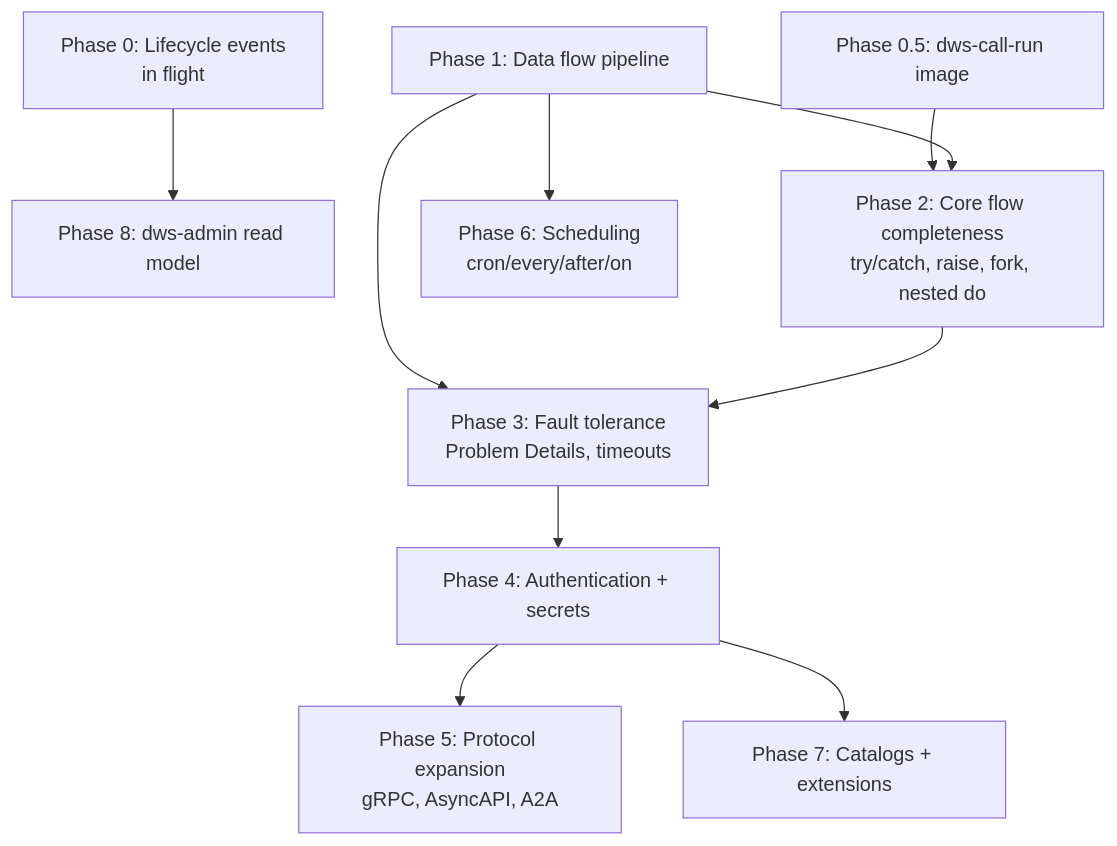
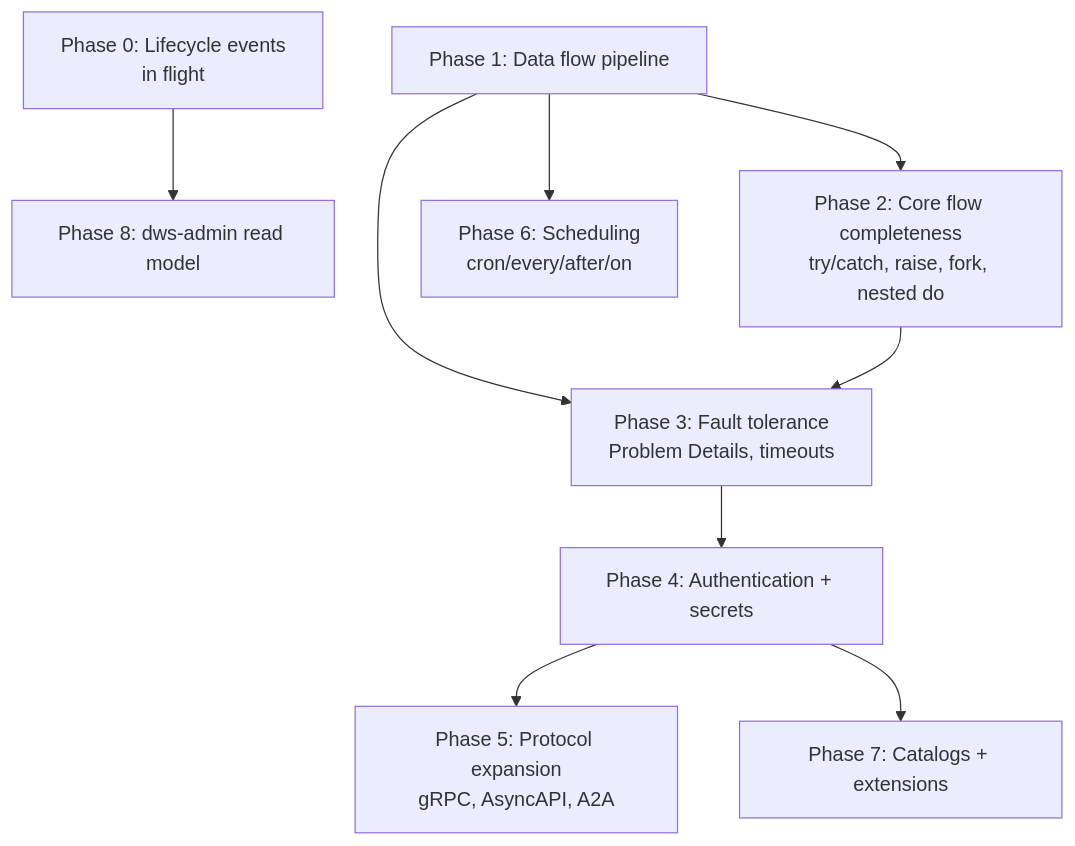
One commit to tonylibs/dapr-workflow-spec changed the diagram in openwiki/architecture/roadmap.md. Above: the diagram before and after it, drawn with Mermaid. The commit also changed other lines of this file and 3 other files, not shown here.

````diff
--- a/openwiki/architecture/roadmap.md
+++ b/openwiki/architecture/roadmap.md
@@ -54,12 +54,11 @@
 ```mermaid
 flowchart TD
   P0[Phase 0: Lifecycle events<br/>in flight] --> P8[Phase 8: dws-admin read model]
-  P0dot5[Phase 0.5: dws-call-run image] --> P2
   P1[Phase 1: Data flow pipeline] --> P2[Phase 2: Core flow completeness<br/>try/catch, raise, fork, nested do]
   P1 --> P3[Phase 3: Fault tolerance<br/>Problem Details, timeouts]
   P2 --> P3
   P3 --> P4[Phase 4: Authentication + secrets]
   P4 --> P5[Phase 5: Protocol expansion<br/>gRPC, AsyncAPI, A2A]
   P1 --> P6[Phase 6: Scheduling<br/>cron/every/after/on]
   P4 --> P7[Phase 7: Catalogs + extensions]
 ```
````
